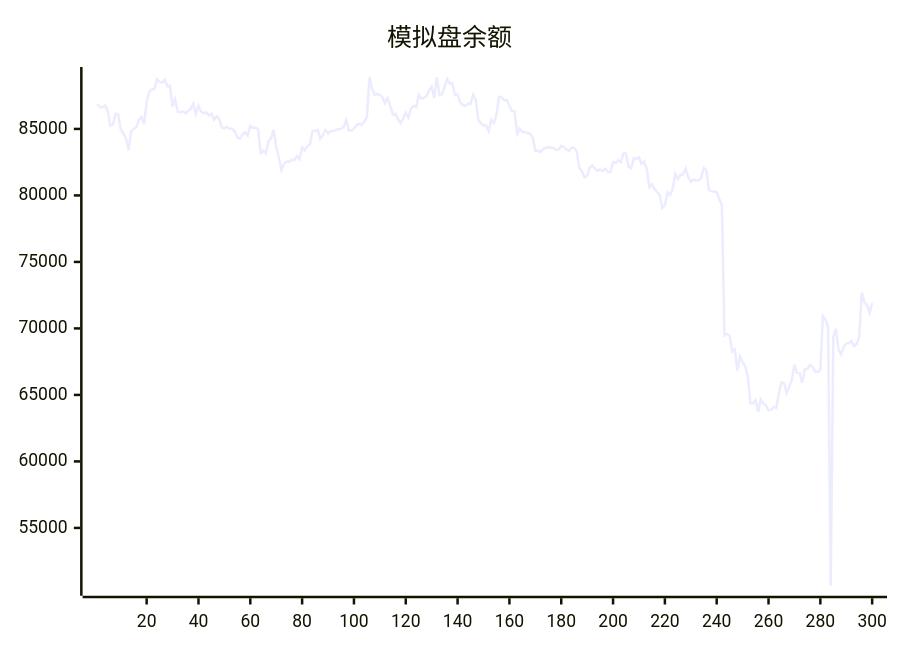
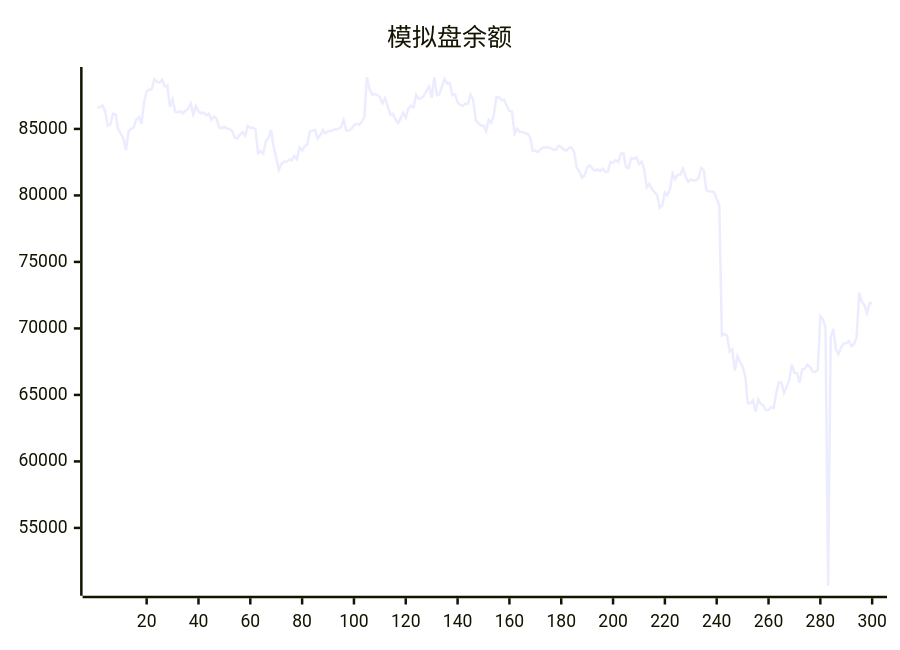
Before and after one commit to aahl/ai-trading: the diagram in README.md, drawn with Mermaid. The commit also changed other lines of this file and 1 other file, not shown here.

````diff
--- a/README.md
+++ b/README.md
@@ -5,5 +5,5 @@
 ```mermaid
 xychart
     title "模拟盘余额"
-    line [86870,86613,86644,86758,86317,85242,85334,86149,86106,84968,84671,84302,83410,84816,85001,85127,85693,85891,85384,87001,87811,87945,88007,88734,88528,88495,88705,88189,88248,86662,87234,86279,86251,86314,86177,86364,86503,86886,86114,86731,86310,86176,86240,86017,86136,85685,85938,85749,85111,85044,85164,85016,85008,84824,84354,84287,84572,84745,84500,85234,85096,85095,84970,83180,83338,83157,84070,84309,84922,83667,82850,81924,82369,82552,82539,82695,82648,82962,82728,83619,83378,83710,83825,84819,84854,84917,84265,84527,84919,84668,84834,84850,84916,84981,85004,85131,85674,84891,84864,85019,85284,85393,85294,85538,85894,88904,88012,87567,87625,87568,87386,86920,87313,86737,86094,86143,85725,85437,85787,86219,85859,86526,86740,86630,87563,87264,87335,87483,87886,88180,87335,88894,87544,87608,88207,88755,88401,88444,87543,87608,87000,86810,86740,86894,86884,87576,87209,85686,85435,85251,85255,84820,85689,85453,86066,87420,87373,87161,87178,86740,86341,86315,84643,85012,84772,84768,84690,84635,84376,83360,83357,83259,83474,83608,83606,83602,83548,83440,83454,83724,83644,83464,83365,83590,83592,83275,82072,81806,81344,81492,82109,82254,82006,81848,81955,81829,82022,81769,81776,82522,82441,82656,82498,83144,83144,82150,82038,82797,82763,82872,82367,82536,81981,80612,80862,80484,80242,80034,79063,79245,80226,80016,80507,81625,81233,81544,81578,82016,81401,81019,81186,81130,81118,81306,82066,81909,80392,80304,80291,80258,79729,79261,69466,69579,69456,68251,68415,66832,67911,67462,67144,66432,64380,64375,64606,63740,64647,64324,64216,63842,63877,64078,64008,65156,65945,65888,65157,65625,66144,67284,66653,66639,65924,66925,66956,67263,67108,66766,66729,66886,70927,70673,70049,50652,69334,69973,68400,68061,68578,68876,68879,69055,68662,68822,69329,72687,71999,71760,71162,71911]
+    line [86613,86644,86758,86317,85242,85334,86149,86106,84968,84671,84302,83410,84816,85001,85127,85693,85891,85384,87001,87811,87945,88007,88734,88528,88495,88705,88189,88248,86662,87234,86279,86251,86314,86177,86364,86503,86886,86114,86731,86310,86176,86240,86017,86136,85685,85938,85749,85111,85044,85164,85016,85008,84824,84354,84287,84572,84745,84500,85234,85096,85095,84970,83180,83338,83157,84070,84309,84922,83667,82850,81924,82369,82552,82539,82695,82648,82962,82728,83619,83378,83710,83825,84819,84854,84917,84265,84527,84919,84668,84834,84850,84916,84981,85004,85131,85674,84891,84864,85019,85284,85393,85294,85538,85894,88904,88012,87567,87625,87568,87386,86920,87313,86737,86094,86143,85725,85437,85787,86219,85859,86526,86740,86630,87563,87264,87335,87483,87886,88180,87335,88894,87544,87608,88207,88755,88401,88444,87543,87608,87000,86810,86740,86894,86884,87576,87209,85686,85435,85251,85255,84820,85689,85453,86066,87420,87373,87161,87178,86740,86341,86315,84643,85012,84772,84768,84690,84635,84376,83360,83357,83259,83474,83608,83606,83602,83548,83440,83454,83724,83644,83464,83365,83590,83592,83275,82072,81806,81344,81492,82109,82254,82006,81848,81955,81829,82022,81769,81776,82522,82441,82656,82498,83144,83144,82150,82038,82797,82763,82872,82367,82536,81981,80612,80862,80484,80242,80034,79063,79245,80226,80016,80507,81625,81233,81544,81578,82016,81401,81019,81186,81130,81118,81306,82066,81909,80392,80304,80291,80258,79729,79261,69466,69579,69456,68251,68415,66832,67911,67462,67144,66432,64380,64375,64606,63740,64647,64324,64216,63842,63877,64078,64008,65156,65945,65888,65157,65625,66144,67284,66653,66639,65924,66925,66956,67263,67108,66766,66729,66886,70927,70673,70049,50652,69334,69973,68400,68061,68578,68876,68879,69055,68662,68822,69329,72687,71999,71760,71162,71911,71896]
 ```
````
